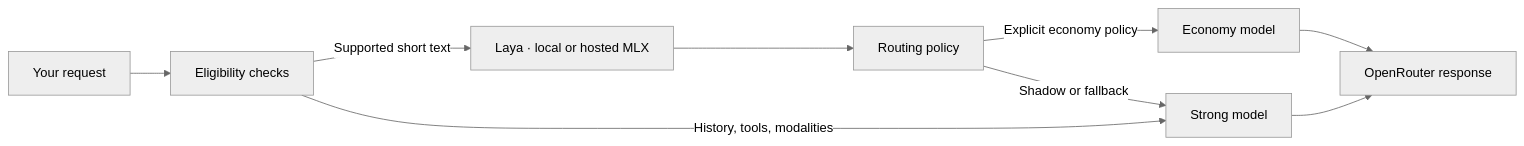
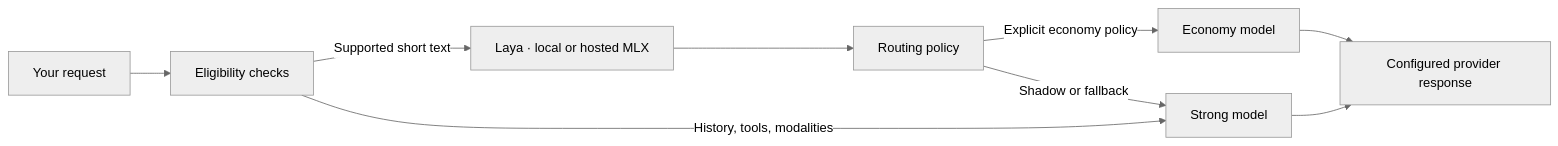
Before and after one commit to AmRitJain0442/Tern: the diagram in README.md, drawn with Mermaid (neutral theme). The commit also changed other lines of this file and 5 other files, not shown here.

````diff
--- a/README.md
+++ b/README.md
@@ -114,11 +119,11 @@
 ```mermaid
 flowchart LR
     A[Your request] --> B[Eligibility checks]
     B -->|Supported short text| C[Laya · local or hosted MLX]
     B -->|History, tools, modalities| E[Strong model]
     C --> D[Routing policy]
     D -->|Explicit economy policy| F[Economy model]
     D -->|Shadow or fallback| E
-    F --> G[OpenRouter response]
+    F --> G[Configured provider response]
     E --> G
 ```
````
